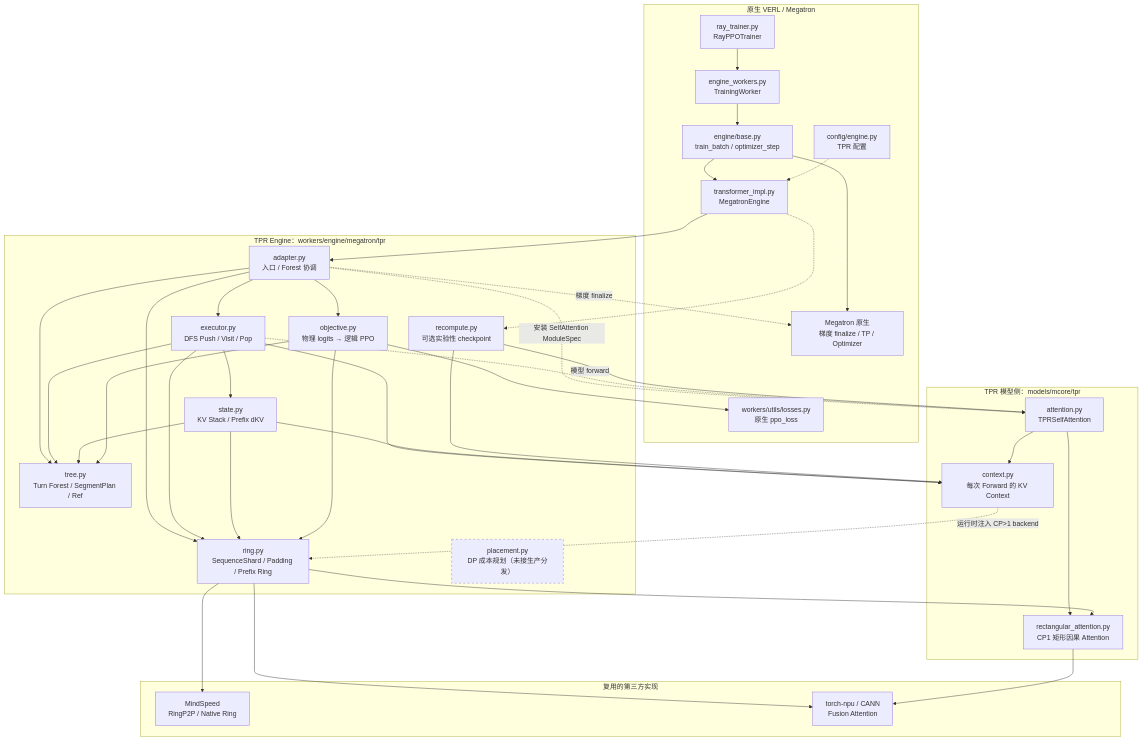
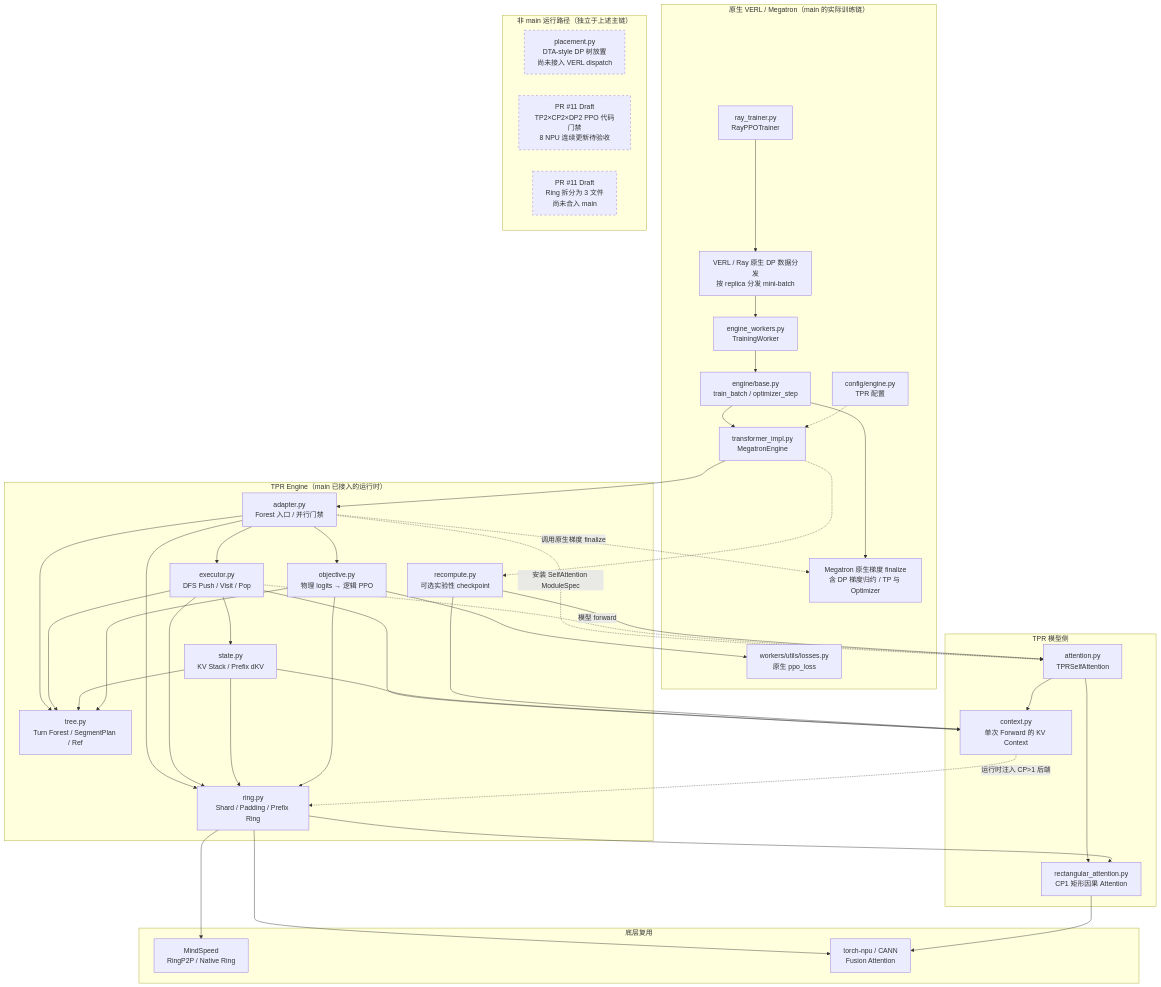
One commit to 1903943257/verl-tpr changed the first of 2 diagrams in docs/tpr/TPR开发文档.md. Above: the diagram before and after it, drawn with Mermaid. The commit also changed other lines of this file, not shown here.

Commit message:
docs(tpr): show native DP flow on main and isolate unmerged DP2 proposal

````diff
--- a/docs/tpr/TPR开发文档.md
+++ b/docs/tpr/TPR开发文档.md
@@ -76,73 +76,82 @@
 ```mermaid
 flowchart TB
-    subgraph Native["原生 VERL / Megatron"]
+    subgraph Native["原生 VERL / Megatron（main 的实际训练链）"]
         Trainer["ray_trainer.py<br/>RayPPOTrainer"]
+        DPDispatch["VERL / Ray 原生 DP 数据分发<br/>按 replica 分发 mini-batch"]
         Worker["engine_workers.py<br/>TrainingWorker"]
         Base["engine/base.py<br/>train_batch / optimizer_step"]
         Engine["transformer_impl.py<br/>MegatronEngine"]
         Config["config/engine.py<br/>TPR 配置"]
         PPO["workers/utils/losses.py<br/>原生 ppo_loss"]
-        Finalize["Megatron 原生<br/>梯度 finalize / TP / Optimizer"]
+        Finalize["Megatron 原生梯度 finalize<br/>含 DP 梯度归约 / TP 与 Optimizer"]
     end
 
-    subgraph TPR["TPR Engine：workers/engine/megatron/tpr"]
-        Adapter["adapter.py<br/>入口 / Forest 协调"]
+    subgraph TPR["TPR Engine（main 已接入的运行时）"]
+        Adapter["adapter.py<br/>Forest 入口 / 并行门禁"]
         Tree["tree.py<br/>Turn Forest / SegmentPlan / Ref"]
         Executor["executor.py<br/>DFS Push / Visit / Pop"]
         State["state.py<br/>KV Stack / Prefix dKV"]
         Objective["objective.py<br/>物理 logits → 逻辑 PPO"]
-        Ring["ring.py<br/>SequenceShard / Padding / Prefix Ring"]
+        Ring["ring.py<br/>Shard / Padding / Prefix Ring"]
         Recompute["recompute.py<br/>可选实验性 checkpoint"]
-        Placement["placement.py<br/>DP 成本规划（未接生产分发）"]
     end
 
-    subgraph Model["TPR 模型侧：models/mcore/tpr"]
+    subgraph Model["TPR 模型侧"]
         Attention["attention.py<br/>TPRSelfAttention"]
-        Context["context.py<br/>每次 Forward 的 KV Context"]
+        Context["context.py<br/>单次 Forward 的 KV Context"]
         Rect["rectangular_attention.py<br/>CP1 矩形因果 Attention"]
     end
 
-    subgraph Reuse["复用的第三方实现"]
+    subgraph Reuse["底层复用"]
         MindSpeed["MindSpeed<br/>RingP2P / Native Ring"]
         CANN["torch-npu / CANN<br/>Fusion Attention"]
     end
 
-    Trainer --> Worker
+    subgraph OffMain["非 main 运行路径（独立于上述主链）"]
+        Placement["placement.py<br/>DTA-style DP 树放置<br/>尚未接入 VERL dispatch"]
+        DraftDP["PR #11 Draft<br/>TP2×CP2×DP2 PPO 代码门禁<br/>8 NPU 连续更新待验收"]
+        DraftRing["PR #11 Draft<br/>Ring 拆分为 3 文件<br/>尚未合入 main"]
+    end
+
+    Trainer --> DPDispatch
+    DPDispatch --> Worker
     Worker --> Base
     Base --> Engine
     Config -.-> Engine
     Base --> Finalize
     Engine --> Adapter
     Engine -.-> Recompute
 
     Adapter --> Tree
     Adapter --> Executor
     Adapter --> Objective
     Adapter --> Ring
     Adapter -.->|安装 SelfAttention ModuleSpec| Attention
-    Adapter -.->|梯度 finalize| Finalize
+    Adapter -.->|调用原生梯度 finalize| Finalize
 
     Executor --> Tree
     Executor --> State
     Executor --> Ring
     Executor --> Context
     Executor -.->|模型 forward| Attention
     State --> Tree
     State --> Context
     State --> Ring
     Objective --> Tree
     Objective --> Ring
     Objective --> PPO
 
     Attention --> Context
     Attention --> Rect
-    Context -.->|运行时注入 CP>1 backend| Ring
+    Context -.->|运行时注入 CP>1 后端| Ring
     Recompute --> Attention
     Recompute --> Context
     Ring --> Rect
     Ring --> MindSpeed
     Ring --> CANN
     Rect --> CANN
 
     style Placement stroke-dasharray: 5 5
+    style DraftDP stroke-dasharray: 5 5
+    style DraftRing stroke-dasharray: 5 5
 ```
````
